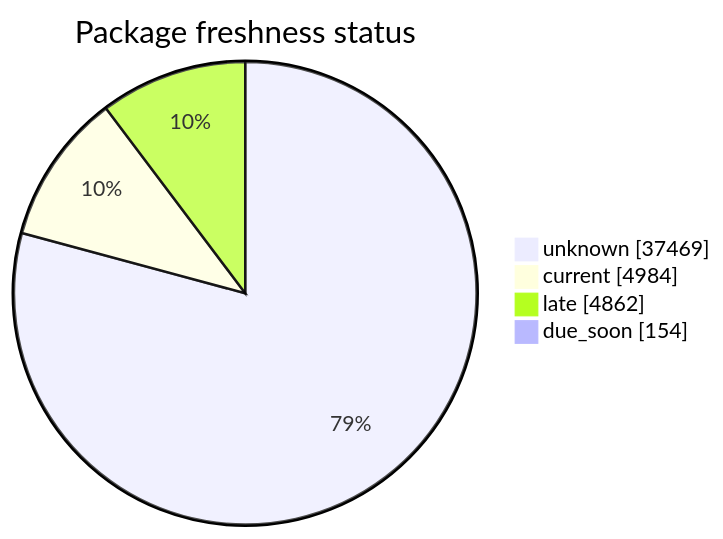
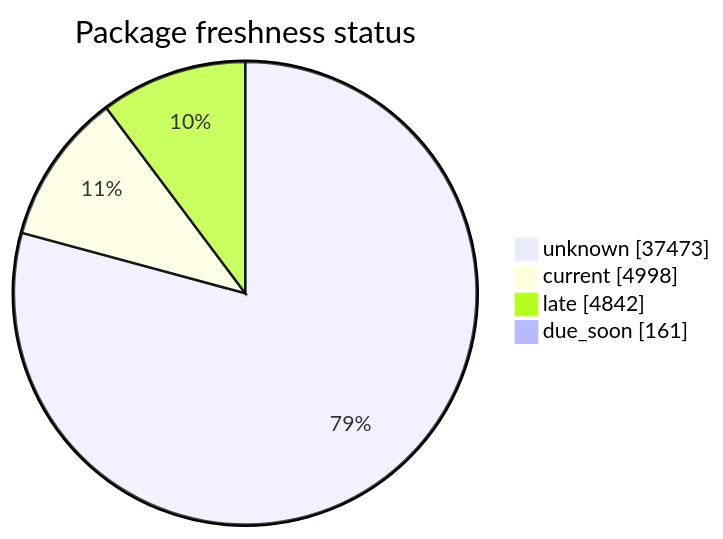
One commit to open-data/analytics-corporate-reporting changed the second of 5 diagrams in FreshCheck/README.md. Above: the diagram before and after it, drawn with Mermaid. The commit also changed other lines of this file and 3 other files, not shown here.

````diff
--- a/FreshCheck/README.md
+++ b/FreshCheck/README.md
@@ -69,7 +69,7 @@
 ```mermaid
 pie showData title Package freshness status
-    "unknown": 37469
-    "current": 4984
-    "late": 4862
-    "due_soon": 154
+    "unknown": 37473
+    "current": 4998
+    "late": 4842
+    "due_soon": 161
 ```
````
